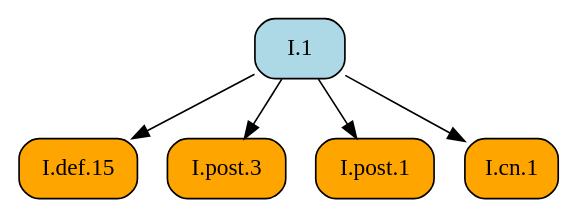
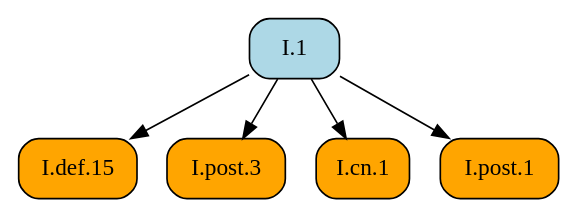
Before and after one commit to geometor/elements: the diagram in docsrc/heath/I/1/index.rst, drawn with Graphviz. The commit also changed other lines of this file and 1029 other files, not shown here.

```diff
--- a/docsrc/heath/I/1/index.rst
+++ b/docsrc/heath/I/1/index.rst
@@ -122,15 +122,15 @@
 .. graphviz::
 
    digraph {
      rankdir="TB";
      node [shape=box, style=rounded];
      "I.def.15" [style="rounded,filled", fillcolor=orange, URL="/heath/I/def.15/", target="_top"];
+     "I.post.3" [style="rounded,filled", fillcolor=orange, URL="/heath/I/post.3/", target="_top"];
      "I.1" [style="rounded,filled", fillcolor=lightblue, URL="/heath/I/1/", target="_top"];
-     "I.post.3" [style="rounded,filled", fillcolor=orange, URL="/heath/I/post.3/", target="_top"];
+     "I.cn.1" [style="rounded,filled", fillcolor=orange, URL="/heath/I/cn.1/", target="_top"];
      "I.post.1" [style="rounded,filled", fillcolor=orange, URL="/heath/I/post.1/", target="_top"];
-     "I.cn.1" [style="rounded,filled", fillcolor=orange, URL="/heath/I/cn.1/", target="_top"];
      "I.1" -> "I.def.15";
      "I.1" -> "I.post.3";
+     "I.1" -> "I.cn.1";
      "I.1" -> "I.post.1";
-     "I.1" -> "I.cn.1";
    }
```
